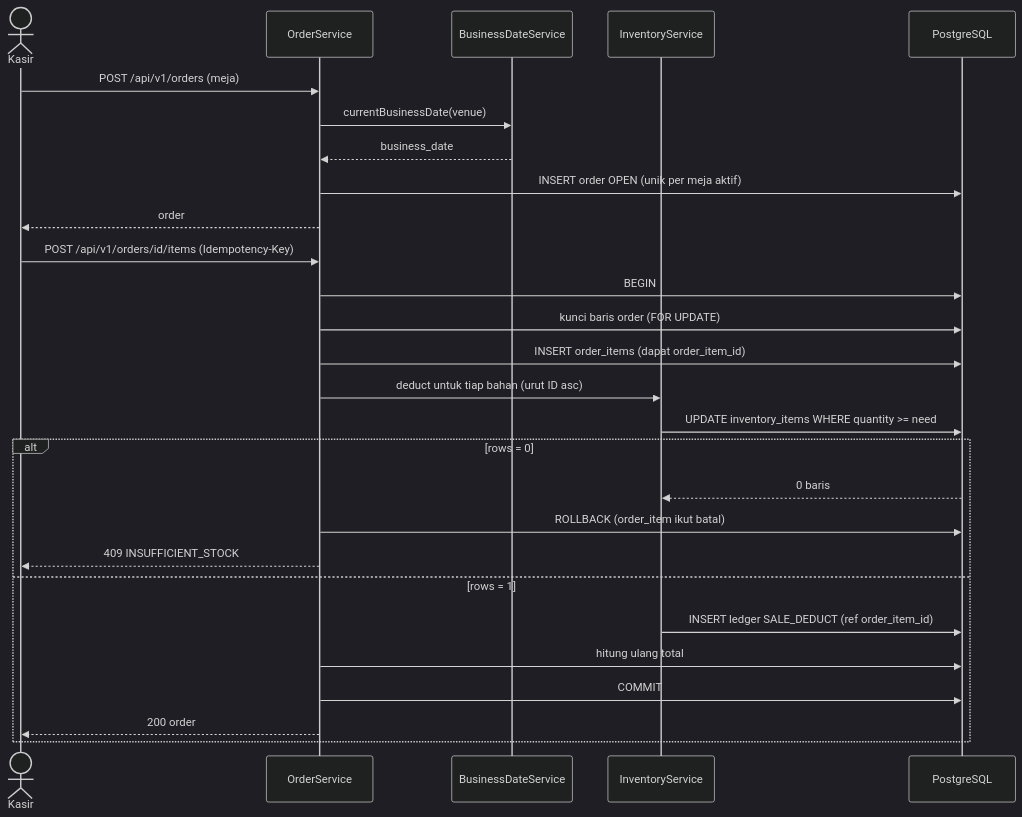
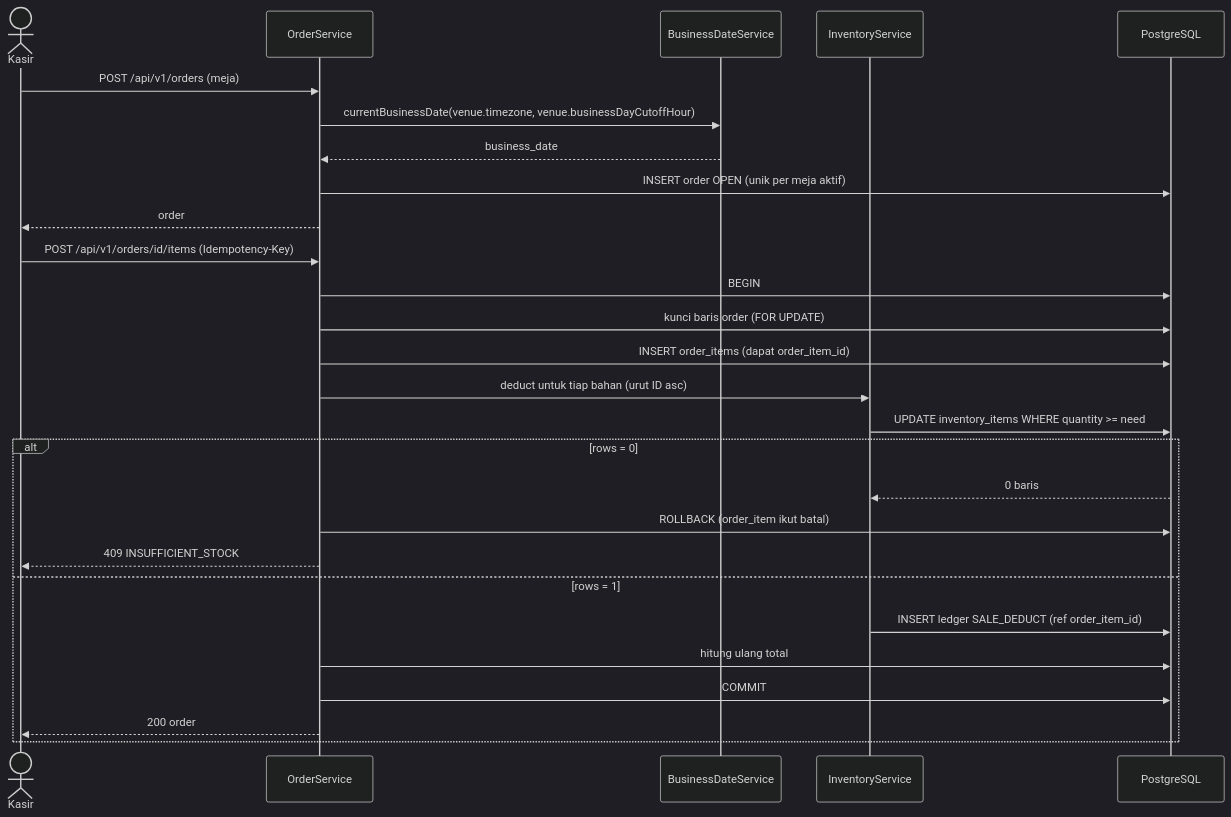
One commit to ranggautama47/nightvenue-backend changed the fourth of 18 diagrams in docs/UML.md. Above: the diagram before and after it, drawn with Mermaid (dark theme). The commit also changed other lines of this file and 2 other files, not shown here.

Commit message:
docs(phase2): sync database types, ADR-001 DST table, and BusinessDateService signature

````diff
--- a/docs/UML.md
+++ b/docs/UML.md
@@ -264,31 +264,31 @@
 ```mermaid
 sequenceDiagram
     actor K as Kasir
     participant A as OrderService
     participant B as BusinessDateService
     participant I as InventoryService
     participant D as PostgreSQL
 
     K->>A: POST /api/v1/orders (meja)
-    A->>B: currentBusinessDate(venue)
+    A->>B: currentBusinessDate(venue.timezone, venue.businessDayCutoffHour)
     B-->>A: business_date
     A->>D: INSERT order OPEN (unik per meja aktif)
     A-->>K: order
 
     K->>A: POST /api/v1/orders/id/items (Idempotency-Key)
     A->>D: BEGIN
     A->>D: kunci baris order (FOR UPDATE)
     A->>D: INSERT order_items (dapat order_item_id)
     A->>I: deduct untuk tiap bahan (urut ID asc)
     I->>D: UPDATE inventory_items WHERE quantity >= need
     alt rows = 0
         D-->>I: 0 baris
         A->>D: ROLLBACK (order_item ikut batal)
         A-->>K: 409 INSUFFICIENT_STOCK
     else rows = 1
         I->>D: INSERT ledger SALE_DEDUCT (ref order_item_id)
         A->>D: hitung ulang total
         A->>D: COMMIT
         A-->>K: 200 order
     end
 ```
````
